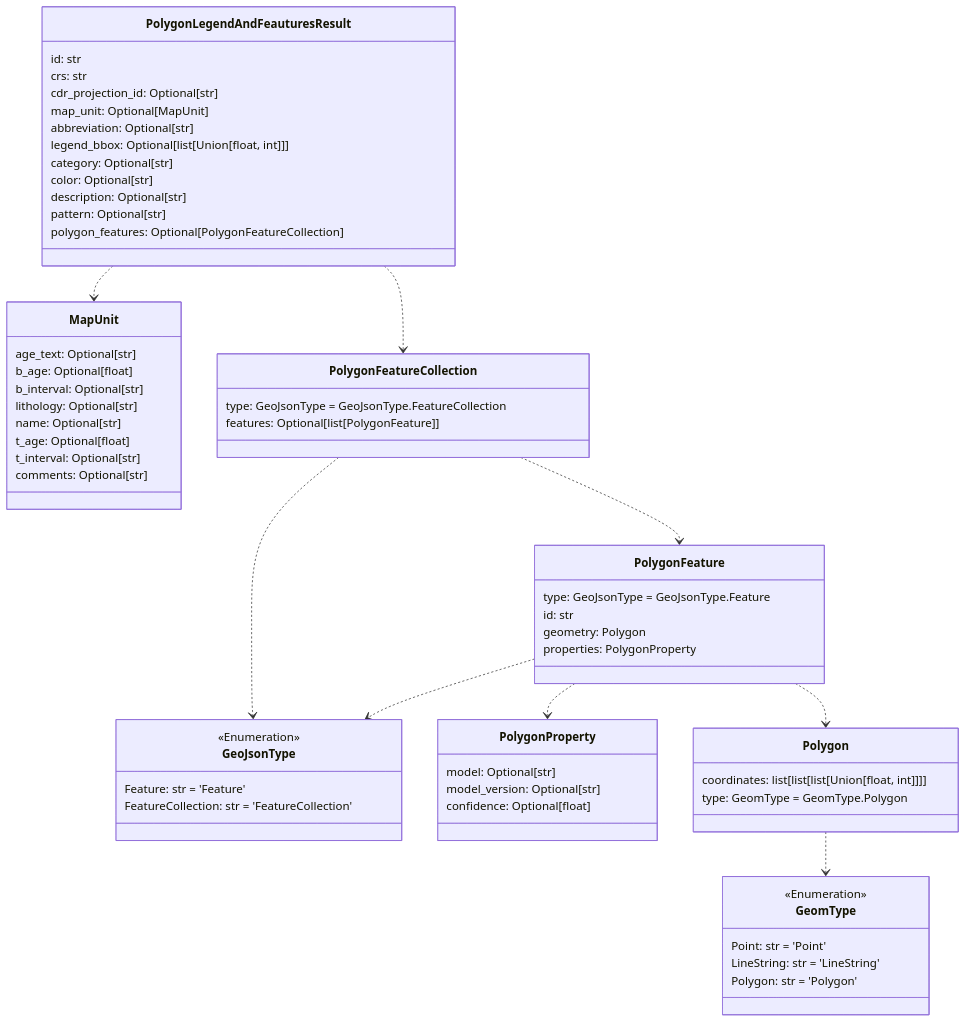
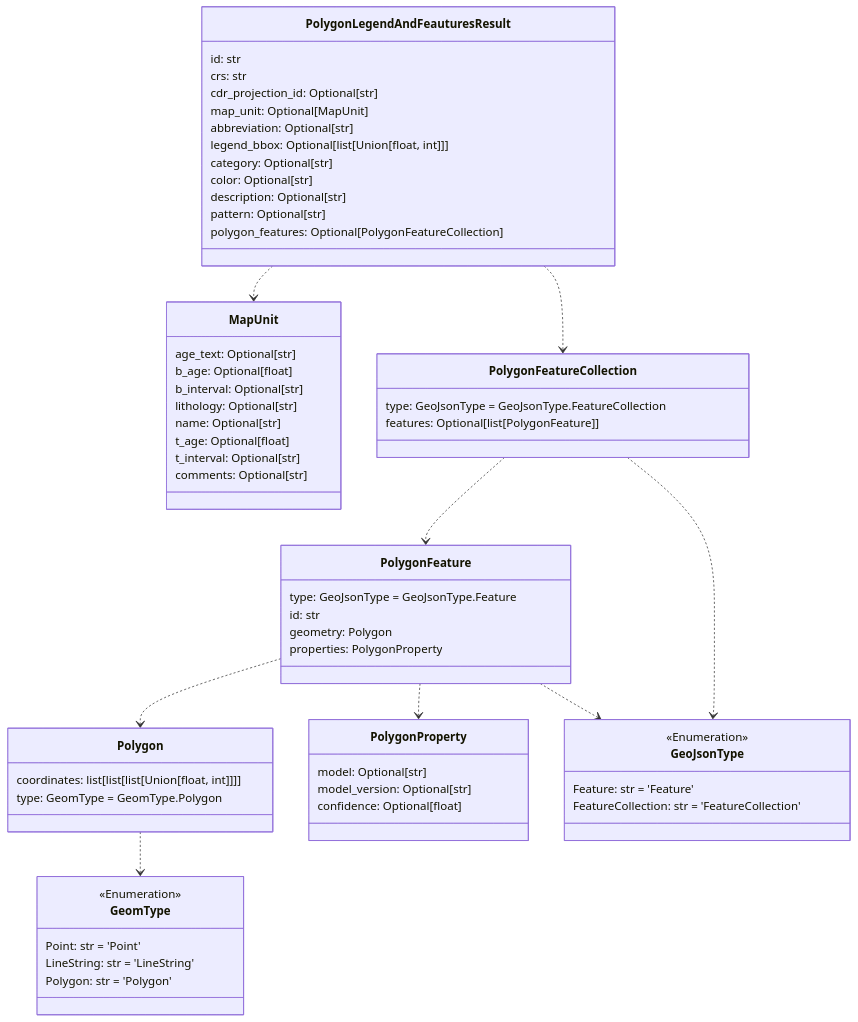
The sixth of 11 diagrams in README.md (DARPA-CRITICALMAAS/cdr_schemas), drawn with Mermaid before and after one commit. The commit also changed other lines of this file and 1 other file, not shown here.

````diff
--- a/README.md
+++ b/README.md
@@ -425,75 +425,75 @@
 ```mermaid
 classDiagram
 
     class GeoJsonType {
         <<Enumeration>>
         Feature: str = 'Feature'
         FeatureCollection: str = 'FeatureCollection'
+    }
+
+    class PolygonProperty {
+        model: Optional[str]
+        model_version: Optional[str]
+        confidence: Optional[float]
+    }
+
+    class PolygonFeature {
+        type: GeoJsonType = GeoJsonType.Feature
+        id: str
+        geometry: Polygon
+        properties: PolygonProperty
+    }
+
+    class PolygonFeatureCollection {
+        type: GeoJsonType = GeoJsonType.FeatureCollection
+        features: Optional[list[PolygonFeature]]
+    }
+
+    class Polygon {
+        coordinates: list[list[list[Union[float, int]]]]
+        type: GeomType = GeomType.Polygon
     }
 
     class MapUnit {
         age_text: Optional[str]
         b_age: Optional[float]
         b_interval: Optional[str]
         lithology: Optional[str]
         name: Optional[str]
         t_age: Optional[float]
         t_interval: Optional[str]
         comments: Optional[str]
+    }
+
+    class GeomType {
+        <<Enumeration>>
+        Point: str = 'Point'
+        LineString: str = 'LineString'
+        Polygon: str = 'Polygon'
     }
 
     class PolygonLegendAndFeauturesResult {
         id: str
         crs: str
         cdr_projection_id: Optional[str]
         map_unit: Optional[MapUnit]
         abbreviation: Optional[str]
         legend_bbox: Optional[list[Union[float, int]]]
         category: Optional[str]
         color: Optional[str]
         description: Optional[str]
         pattern: Optional[str]
         polygon_features: Optional[PolygonFeatureCollection]
     }
 
-    class PolygonFeatureCollection {
-        type: GeoJsonType = GeoJsonType.FeatureCollection
-        features: Optional[list[PolygonFeature]]
-    }
-
-    class PolygonFeature {
-        type: GeoJsonType = GeoJsonType.Feature
-        id: str
-        geometry: Polygon
-        properties: PolygonProperty
-    }
-
-    class GeomType {
-        <<Enumeration>>
-        Point: str = 'Point'
-        LineString: str = 'LineString'
-        Polygon: str = 'Polygon'
-    }
-
-    class PolygonProperty {
-        model: Optional[str]
-        model_version: Optional[str]
-        confidence: Optional[float]
-    }
-
-    class Polygon {
-        coordinates: list[list[list[Union[float, int]]]]
-        type: GeomType = GeomType.Polygon
-    }
-
     Polygon ..> GeomType
+    PolygonFeature ..> Polygon
+    PolygonFeature ..> PolygonProperty
     PolygonFeature ..> GeoJsonType
-    PolygonFeature ..> PolygonProperty
-    PolygonFeature ..> Polygon
+    PolygonFeatureCollection ..> PolygonFeature
     PolygonFeatureCollection ..> GeoJsonType
-    PolygonFeatureCollection ..> PolygonFeature
     PolygonLegendAndFeauturesResult ..> MapUnit
     PolygonLegendAndFeauturesResult ..> PolygonFeatureCollection
 
 
 ```
````
